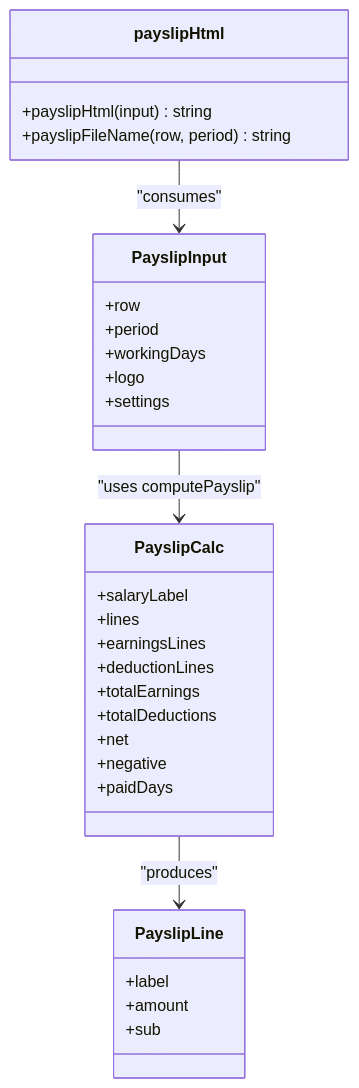
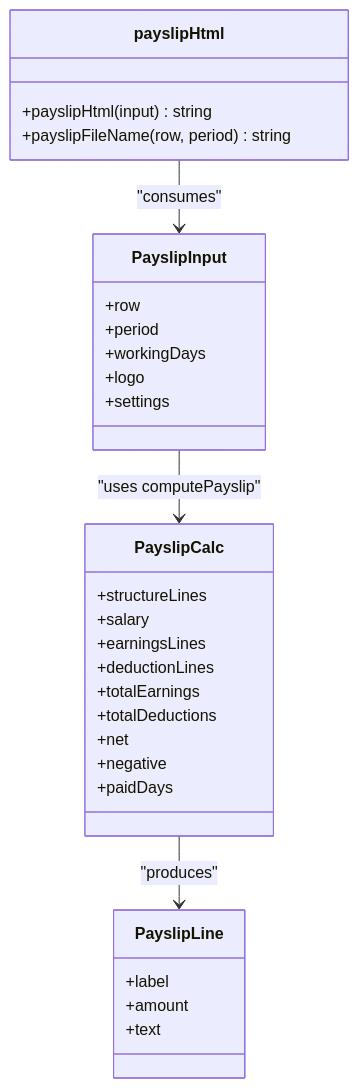
One commit to MdodoIng/salery-slip-generater changed the fourth of 8 diagrams in .qoder/repowiki/en/content/User Guide/Payslip Generation.md. Above: the diagram before and after it, drawn with Mermaid. The commit also changed other lines of this file and 1 other file, not shown here.

````diff
--- a/.qoder/repowiki/en/content/User Guide/Payslip Generation.md
+++ b/.qoder/repowiki/en/content/User Guide/Payslip Generation.md
@@ -191,33 +223,33 @@
 ```mermaid
 classDiagram
 class PayslipInput {
 +row
 +period
 +workingDays
 +logo
 +settings
 }
 class PayslipLine {
 +label
 +amount
-+sub
++text
 }
 class PayslipCalc {
-+salaryLabel
-+lines
++structureLines
++salary
 +earningsLines
 +deductionLines
 +totalEarnings
 +totalDeductions
 +net
 +negative
 +paidDays
 }
 class payslipHtml {
 +payslipHtml(input) string
 +payslipFileName(row, period) string
 }
 PayslipInput --> PayslipCalc : "uses computePayslip"
 PayslipCalc --> PayslipLine : "produces"
 payslipHtml --> PayslipInput : "consumes"
 ```
````
